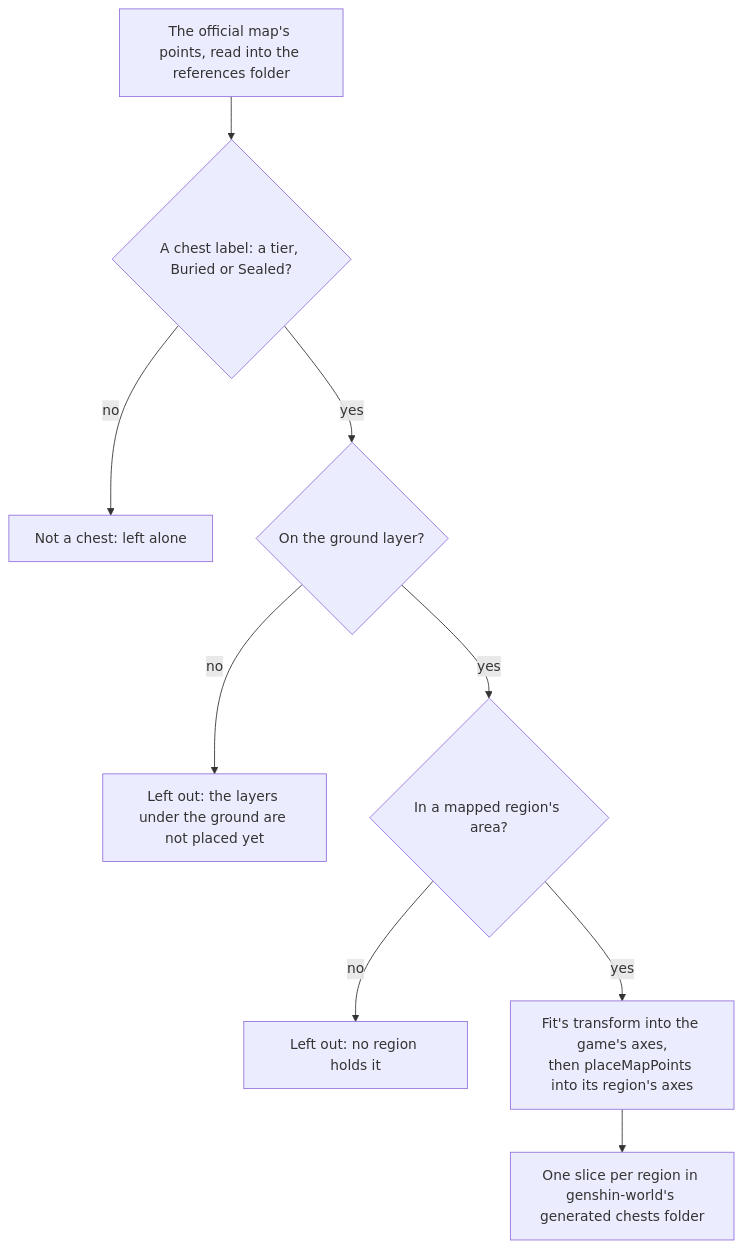
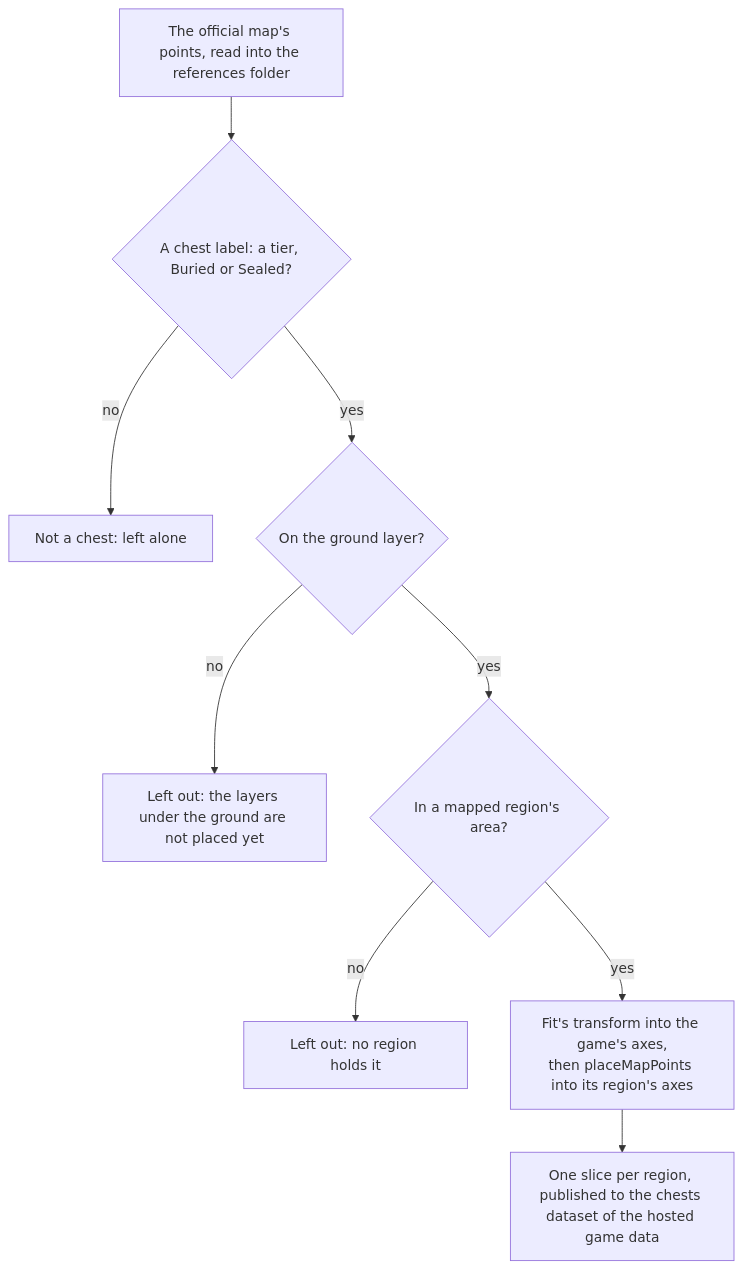
Before and after one commit to Esposter/Esposter: the diagram in apps/web/content/docs/genshin/chests.md, drawn with Mermaid. The commit also changed other lines of this file and 10 other files, not shown here.

First line of the commit message:
docs(genshin): the map-point, offering, gathering and fishing pages describe their steps publishing to the game data

````diff
--- a/apps/web/content/docs/genshin/chests.md
+++ b/apps/web/content/docs/genshin/chests.md
@@ -12,11 +12,11 @@
 ```mermaid
 flowchart TD
   P["The official map's points, read into the references folder"] --> K{"A chest label: a tier, Buried or Sealed?"}
   K -->|"no"| SKIP["Not a chest: left alone"]
   K -->|"yes"| L{"On the ground layer?"}
   L -->|"no"| UG["Left out: the layers under the ground are not placed yet"]
   L -->|"yes"| A{"In a mapped region's area?"}
   A -->|"no"| UM["Left out: no region holds it"]
   A -->|"yes"| T["Fit's transform into the game's axes,<br/>then placeMapPoints into its region's axes"]
-  T --> S["One slice per region in genshin-world's generated chests folder"]
+  T --> S["One slice per region, published to the chests dataset of the hosted game data"]
 ```
````
